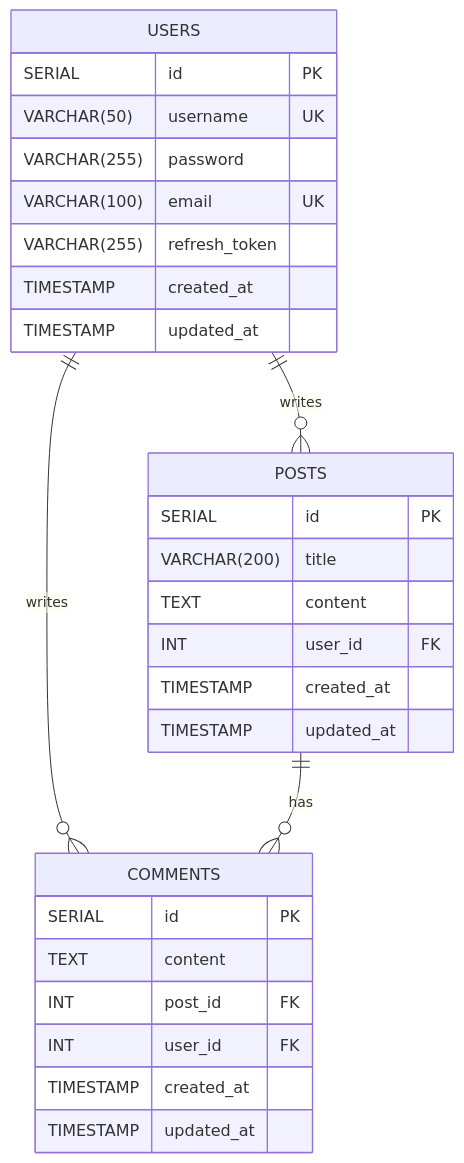
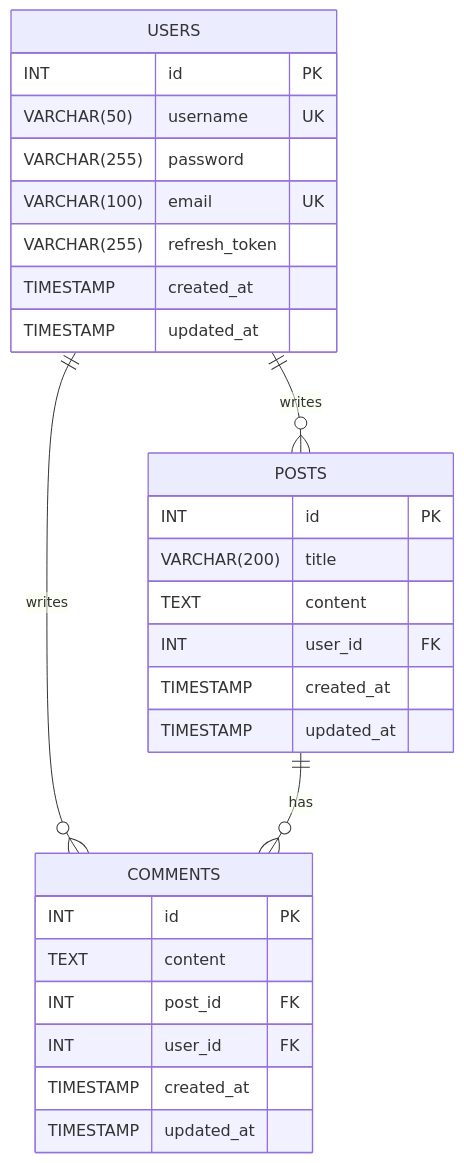
Before and after one commit to kilhyeonjun/tailwind-nextjs-starter-blog: the second of 2 diagrams in data/blog/hanghae99/pre-study/framework/week-1.mdx, drawn with Mermaid. The commit also changed other lines of this file and 1 other file, not shown here.

Commit message:
chore: 항해99 플러스 백엔드 코스 6기 프레임워크 사전 스터디 1주차 - UML 및 ERD 설계 postgresql -> mysql로 수정

````diff
--- a/data/blog/hanghae99/pre-study/framework/week-1.mdx
+++ b/data/blog/hanghae99/pre-study/framework/week-1.mdx
@@ -106,31 +107,31 @@
 ```mermaid
 erDiagram
     POSTS {
-        SERIAL id PK
+        INT id PK
         VARCHAR(200) title
         TEXT content
         INT user_id FK
         TIMESTAMP created_at
         TIMESTAMP updated_at
     }
     USERS {
-        SERIAL id PK
+        INT id PK
         VARCHAR(50) username UK
         VARCHAR(255) password
         VARCHAR(100) email UK
         VARCHAR(255) refresh_token
         TIMESTAMP created_at
         TIMESTAMP updated_at
     }
     COMMENTS {
-        SERIAL id PK
+        INT id PK
         TEXT content
         INT post_id FK
         INT user_id FK
         TIMESTAMP created_at
         TIMESTAMP updated_at
     }
     USERS ||--o{ POSTS : "writes"
     USERS ||--o{ COMMENTS : "writes"
     POSTS ||--o{ COMMENTS : "has"
 ```
````
